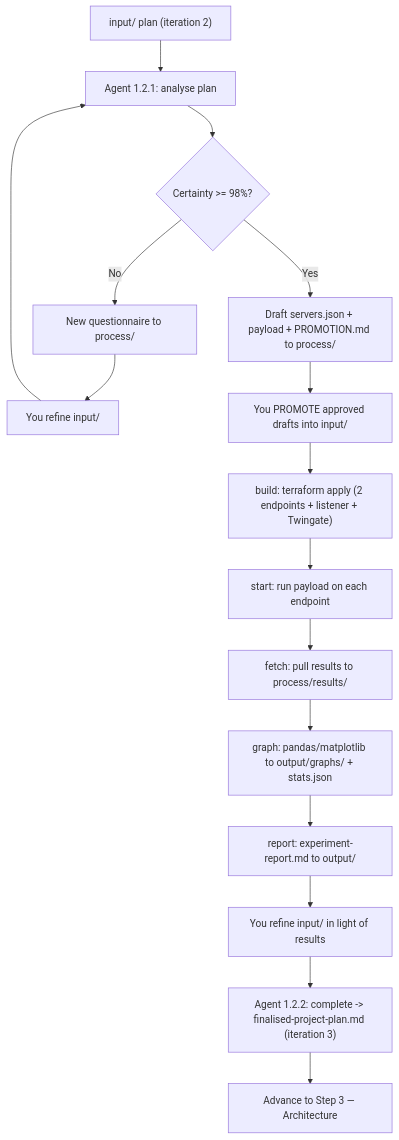
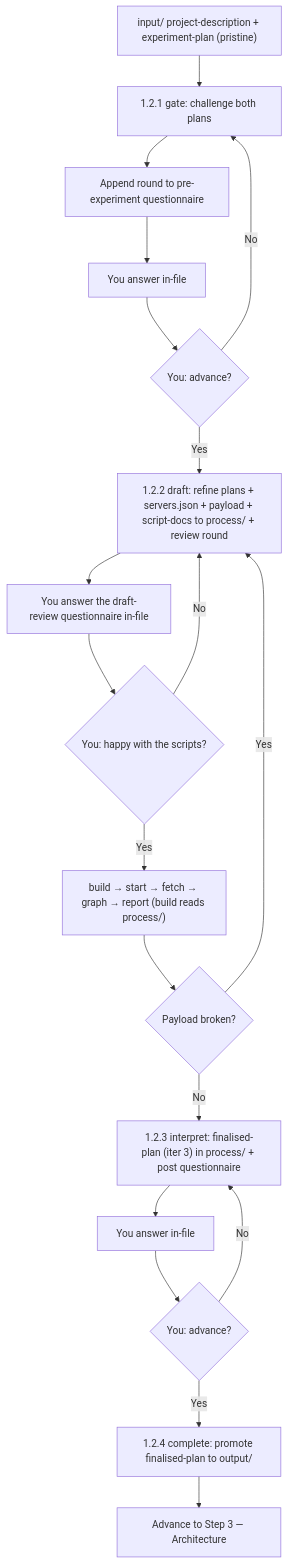
One commit to jgreensmith/khazad-dum changed the second of 2 diagrams in documentation/steps/02_experiment.md. Above: the diagram before and after it, drawn with Mermaid. The commit also changed other lines of this file and 22 other files, not shown here.

````diff
--- a/documentation/steps/02_experiment.md
+++ b/documentation/steps/02_experiment.md
@@ -132,18 +165,21 @@
 ```mermaid
 flowchart TD
-    A["input/ plan (iteration 2)"] --> B["Agent 1.2.1: analyse plan"]
-    B --> C{"Certainty >= 98%?"}
-    C -->|No| D["New questionnaire to process/"]
-    D --> E["You refine input/"]
-    E --> B
-    C -->|Yes| F["Draft servers.json + payload + PROMOTION.md to process/"]
-    F --> G["You PROMOTE approved drafts into input/"]
-    G --> H["build: terraform apply (2 endpoints + listener + Twingate)"]
-    H --> I["start: run payload on each endpoint"]
-    I --> J["fetch: pull results to process/results/"]
-    J --> K["graph: pandas/matplotlib to output/graphs/ + stats.json"]
-    K --> L["report: experiment-report.md to output/"]
-    L --> M["You refine input/ in light of results"]
-    M --> N["Agent 1.2.2: complete -> finalised-project-plan.md (iteration 3)"]
-    N --> O["Advance to Step 3 — Architecture"]
+    A["input/ project-description + experiment-plan (pristine)"] --> B["1.2.1 gate: challenge both plans"]
+    B --> C["Append round to pre-experiment questionnaire"]
+    C --> D["You answer in-file"]
+    D --> E{"You: advance?"}
+    E -->|No| B
+    E -->|Yes| F["1.2.2 draft: refine plans + servers.json + payload + script-docs to process/ + review round"]
+    F --> G["You answer the draft-review questionnaire in-file"]
+    G --> G2{"You: happy with the scripts?"}
+    G2 -->|No| F
+    G2 -->|Yes| H["build → start → fetch → graph → report (build reads process/)"]
+    H --> I{"Payload broken?"}
+    I -->|Yes| F
+    I -->|No| J["1.2.3 interpret: finalised-plan (iter 3) in process/ + post questionnaire"]
+    J --> K["You answer in-file"]
+    K --> L{"You: advance?"}
+    L -->|No| J
+    L -->|Yes| M["1.2.4 complete: promote finalised-plan to output/"]
+    M --> N["Advance to Step 3 — Architecture"]
 ```
````
